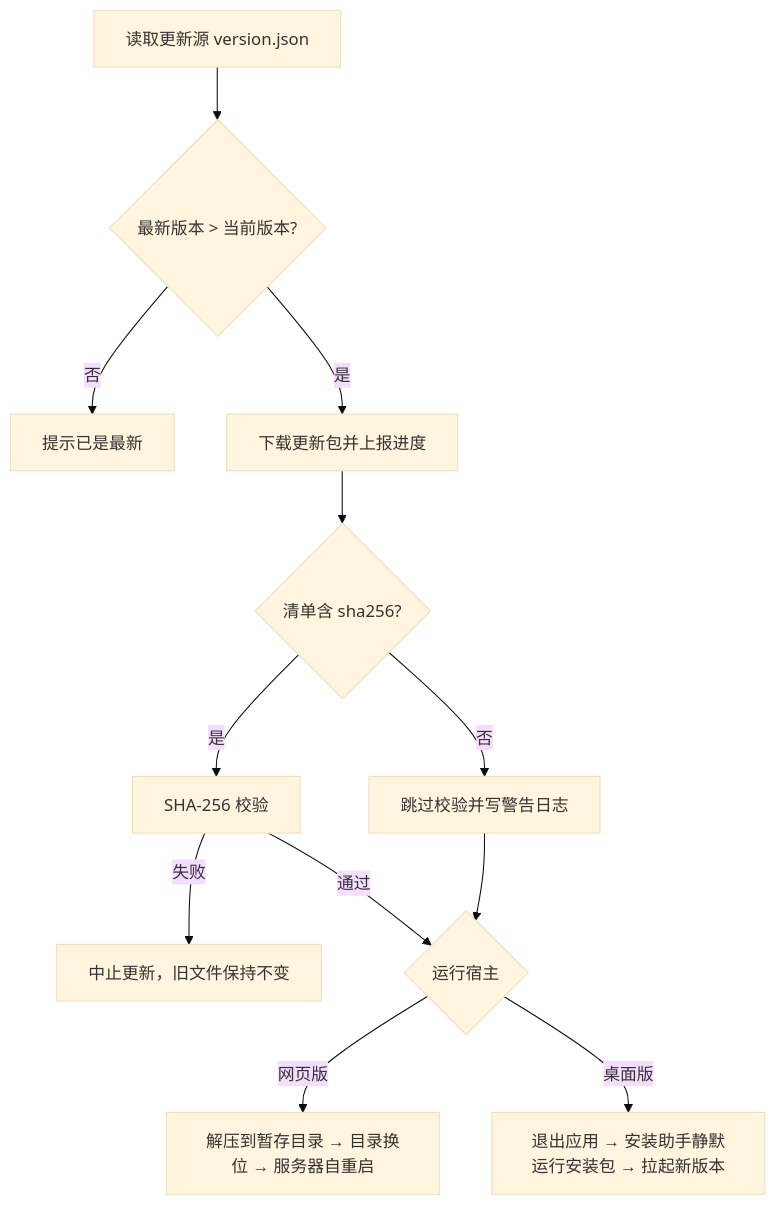
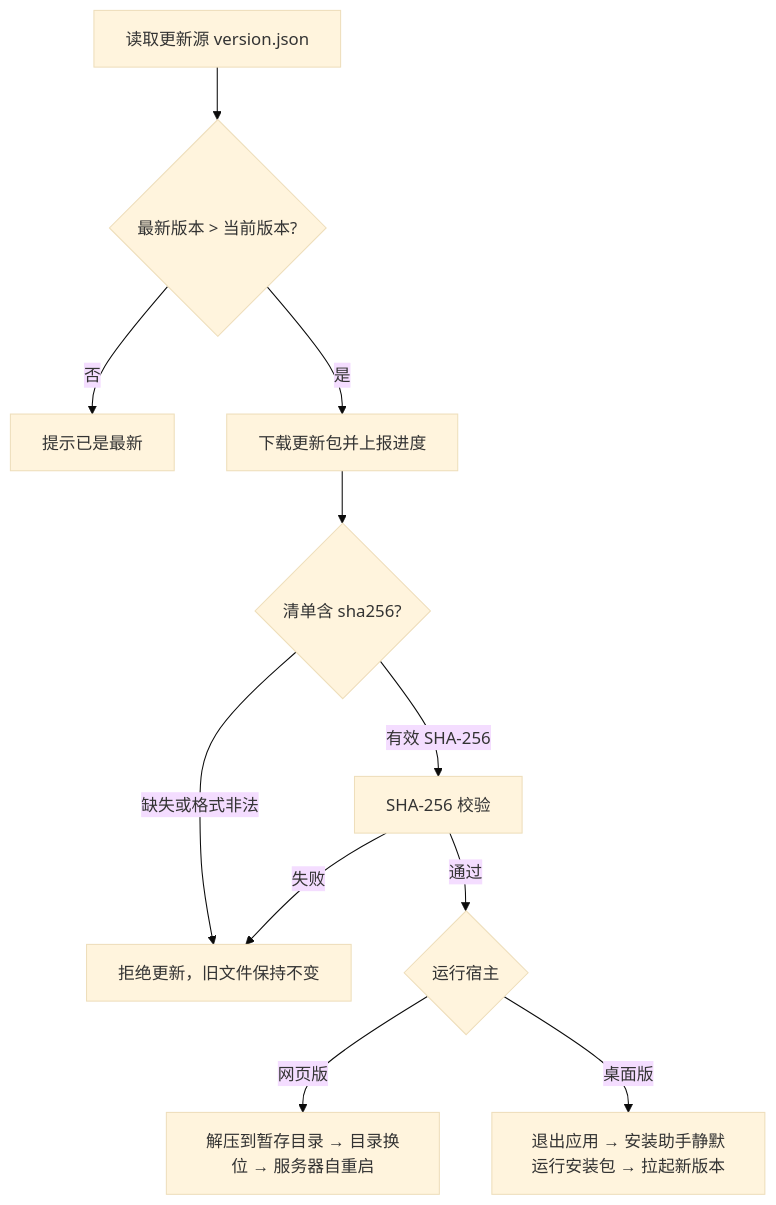
The second of 2 diagrams in README.md (yuchen0x1/Base64-encode-encoding), drawn with Mermaid (base theme) before and after one commit. The commit also changed other lines of this file and 64 other files, not shown here.

````diff
--- a/README.md
+++ b/README.md
@@ -216,14 +217,13 @@
 ```mermaid
 flowchart TD
     A["读取更新源 version.json"] --> B{"最新版本 > 当前版本?"}
     B -->|"否"| C["提示已是最新"]
     B -->|"是"| D["下载更新包并上报进度"]
     D --> E{"清单含 sha256?"}
-    E -->|"是"| F["SHA-256 校验"]
-    E -->|"否"| G["跳过校验并写警告日志"]
-    F -->|"失败"| H["中止更新，旧文件保持不变"]
+    E -->|"有效 SHA-256"| F["SHA-256 校验"]
+    E -->|"缺失或格式非法"| H["拒绝更新，旧文件保持不变"]
+    F -->|"失败"| H
     F -->|"通过"| J{"运行宿主"}
-    G --> J
     J -->|"网页版"| K["解压到暂存目录 → 目录换位 → 服务器自重启"]
     J -->|"桌面版"| L["退出应用 → 安装助手静默运行安装包 → 拉起新版本"]
 ```
````
